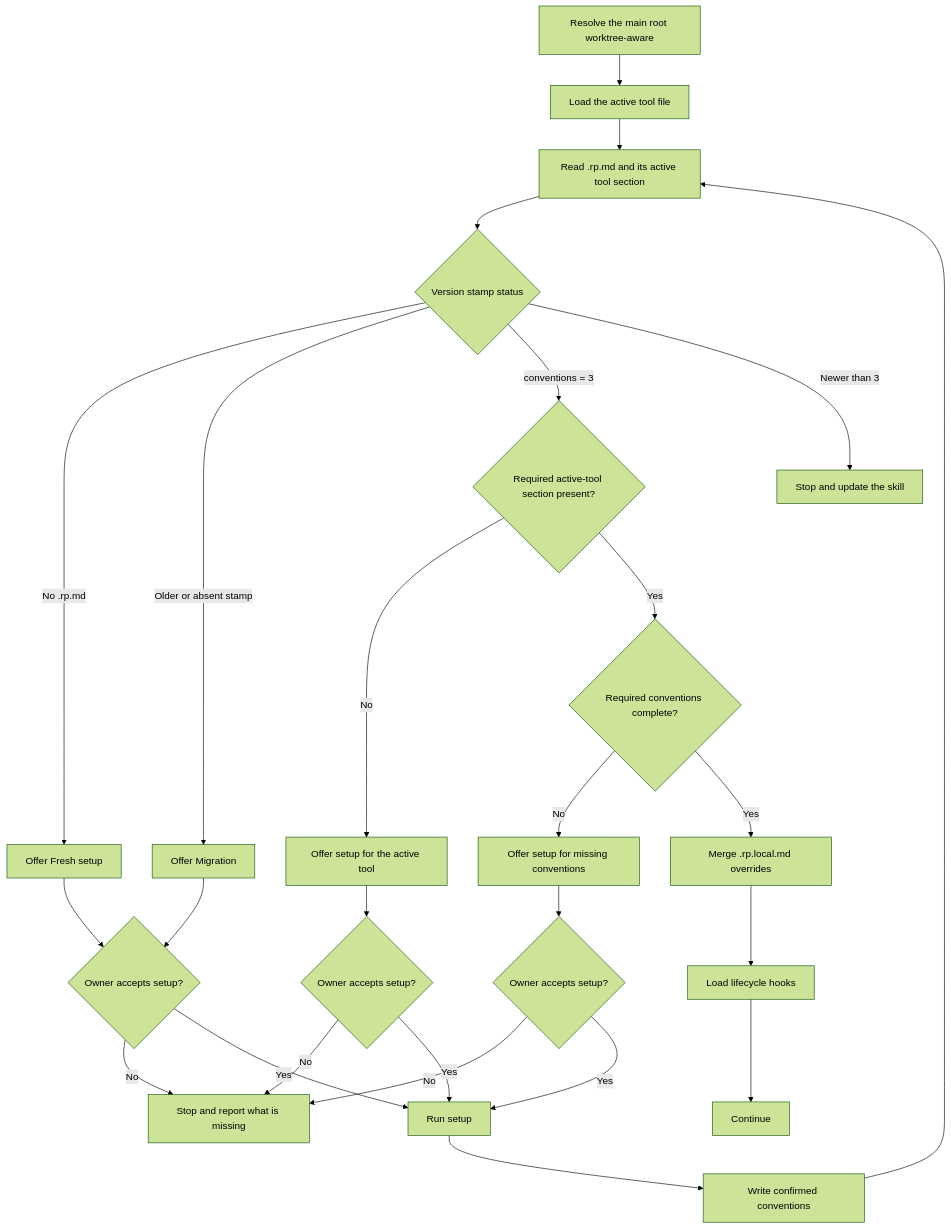
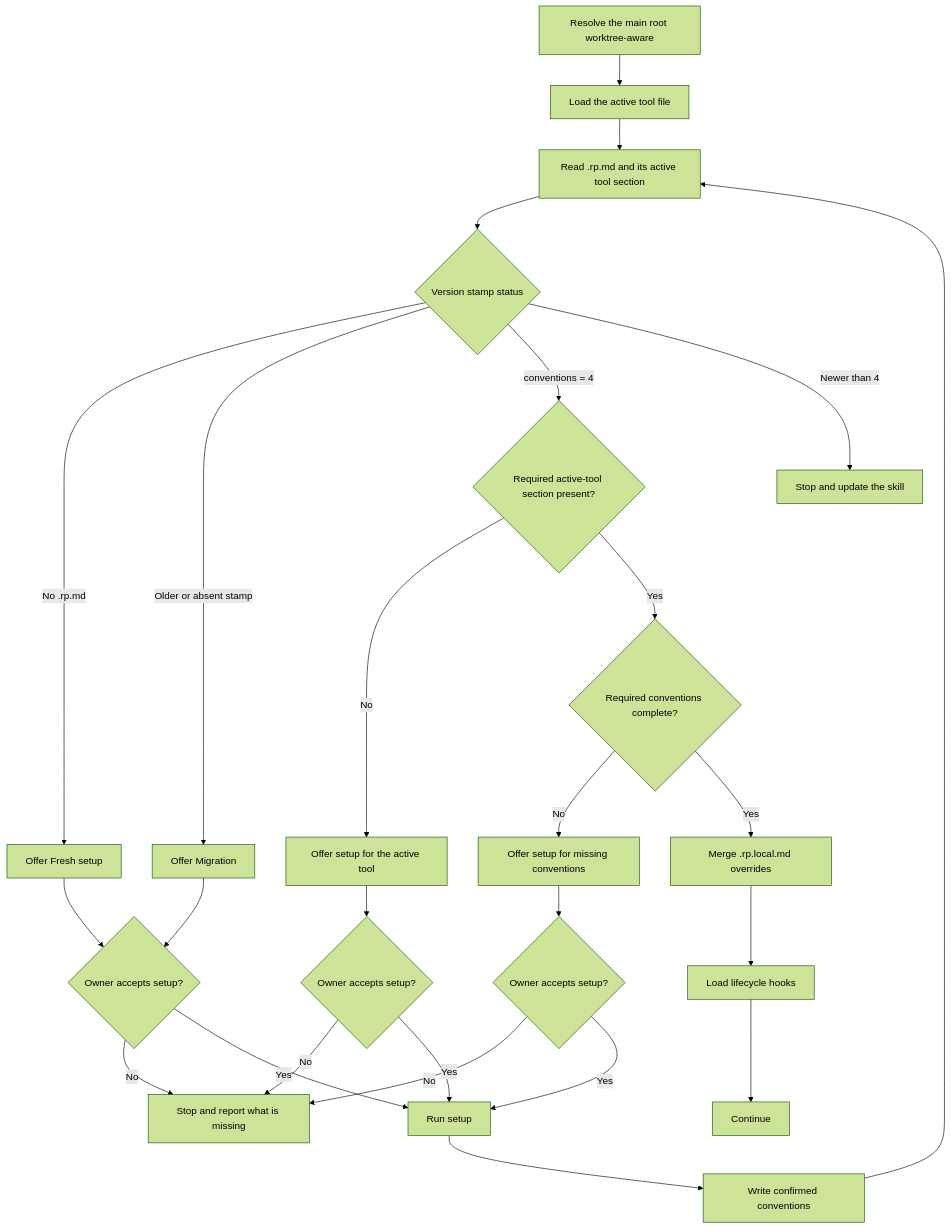
The diagram in docs/flowcharts/load-conventions.md (Automattic/radical-pipelines), drawn with Mermaid (forest theme) before and after one commit. The commit also changed 40 other files, not shown here.

````diff
--- a/docs/flowcharts/load-conventions.md
+++ b/docs/flowcharts/load-conventions.md
@@ -5,28 +5,28 @@
 ```mermaid
 flowchart TD
     A["Resolve the main root worktree-aware"] --> B["Load the active tool file"]
     B --> C["Read .rp.md and its active tool section"]
     C --> H{"Version stamp status"}
     H -->|No .rp.md| I["Offer Fresh setup"]
     H -->|Older or absent stamp| J["Offer Migration"]
-    H -->|"conventions" = 3| D{"Required active-tool section present?"}
-    H -->|Newer than 3| L["Stop and update the skill"]
+    H -->|"conventions" = 4| D{"Required active-tool section present?"}
+    H -->|Newer than 4| L["Stop and update the skill"]
     D -->|No| E["Offer setup for the active tool"]
     E --> F{"Owner accepts setup?"}
     F -->|No| STOP["Stop and report what is missing"]
     F -->|Yes| SETUP["Run setup"]
     SETUP --> WRITE["Write confirmed conventions"]
     WRITE --> C
     D -->|Yes| K{"Required conventions complete?"}
     I --> M{"Owner accepts setup?"}
     J --> M
     M -->|No| STOP
     M -->|Yes| SETUP
     K -->|No| N["Offer setup for missing conventions"]
     N --> O{"Owner accepts setup?"}
     O -->|No| STOP
     O -->|Yes| SETUP
     K -->|Yes| G["Merge .rp.local.md overrides"]
     G --> P["Load lifecycle hooks"]
     P --> Q["Continue"]
 ```
````
